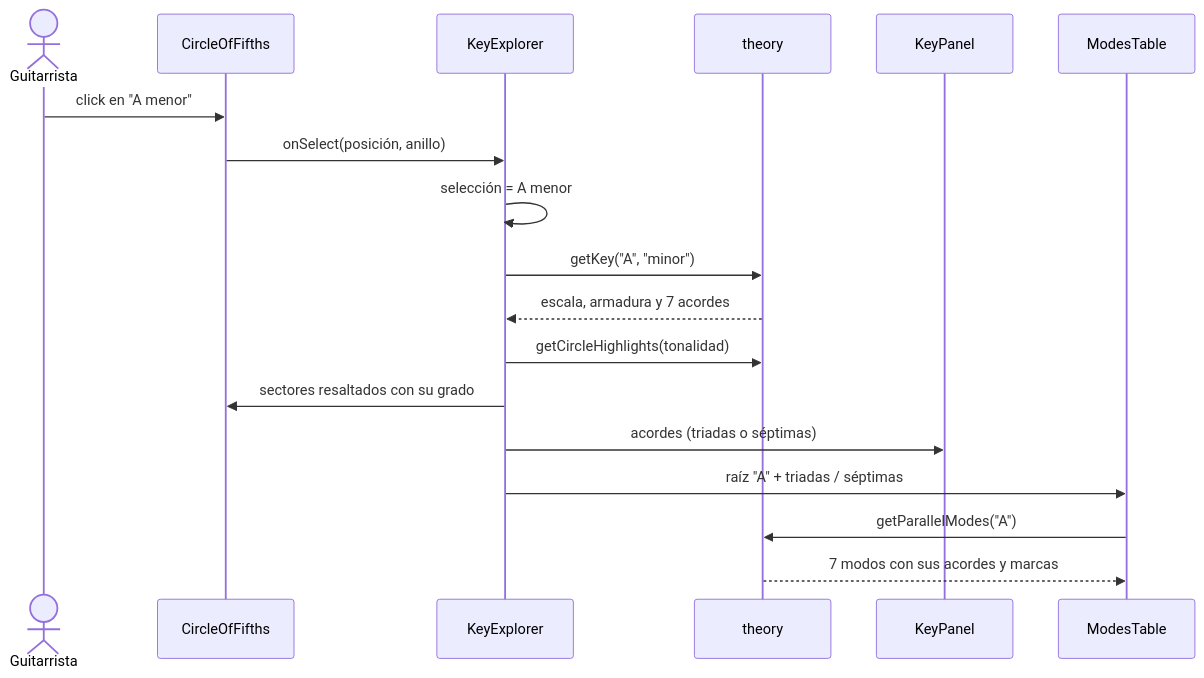
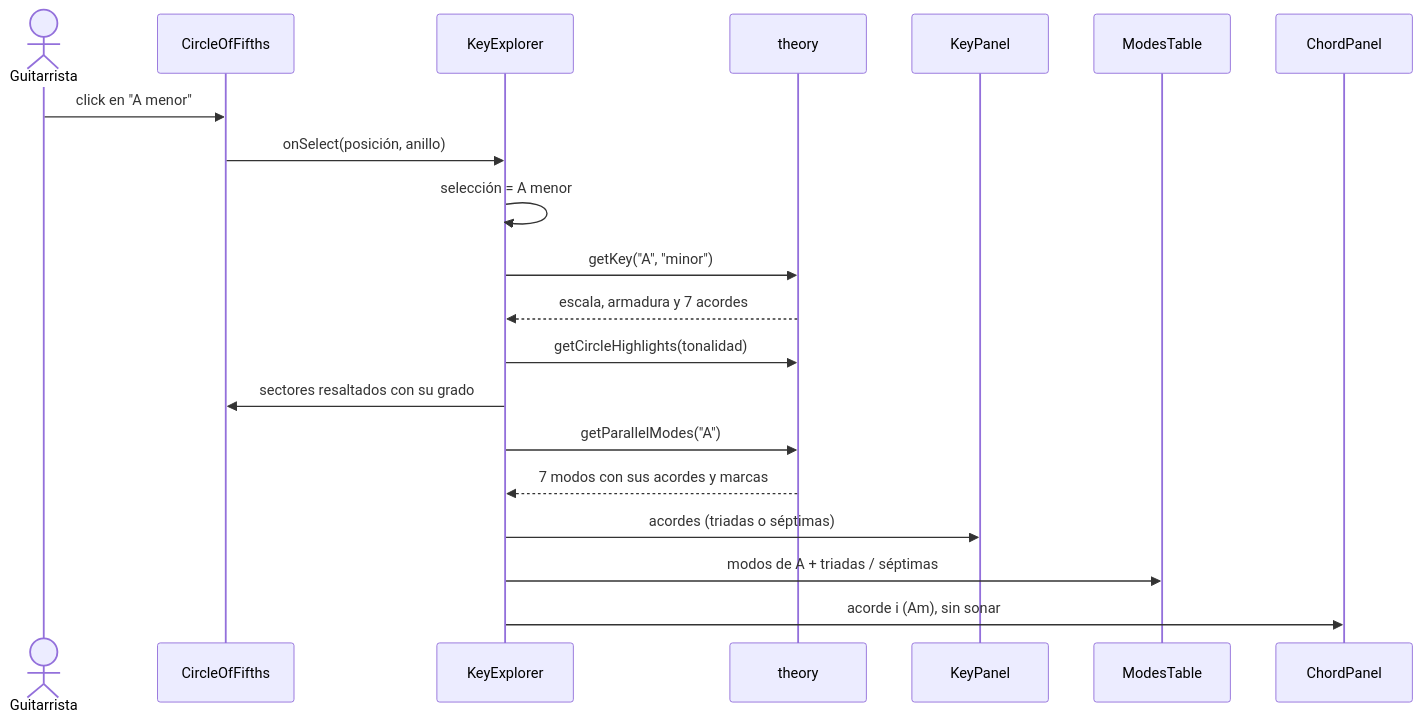
One commit to AndresPampa/cheetsheet-guitar changed the second of 2 diagrams in README.md. Above: the diagram before and after it, drawn with Mermaid. The commit also changed other lines of this file and 22 other files, not shown here.

````diff
--- a/README.md
+++ b/README.md
@@ -83,21 +94,23 @@
 ```mermaid
 sequenceDiagram
     actor U as Guitarrista
     participant C as CircleOfFifths
     participant E as KeyExplorer
     participant T as theory
     participant P as KeyPanel
     participant M as ModesTable
+    participant CP as ChordPanel
 
     U->>C: click en "A menor"
     C->>E: onSelect(posición, anillo)
     E->>E: selección = A menor
     E->>T: getKey("A", "minor")
     T-->>E: escala, armadura y 7 acordes
     E->>T: getCircleHighlights(tonalidad)
     E->>C: sectores resaltados con su grado
+    E->>T: getParallelModes("A")
+    T-->>E: 7 modos con sus acordes y marcas
     E->>P: acordes (triadas o séptimas)
-    E->>M: raíz "A" + triadas / séptimas
-    M->>T: getParallelModes("A")
-    T-->>M: 7 modos con sus acordes y marcas
+    E->>M: modos de A + triadas / séptimas
+    E->>CP: acorde i (Am), sin sonar
 ```
````
